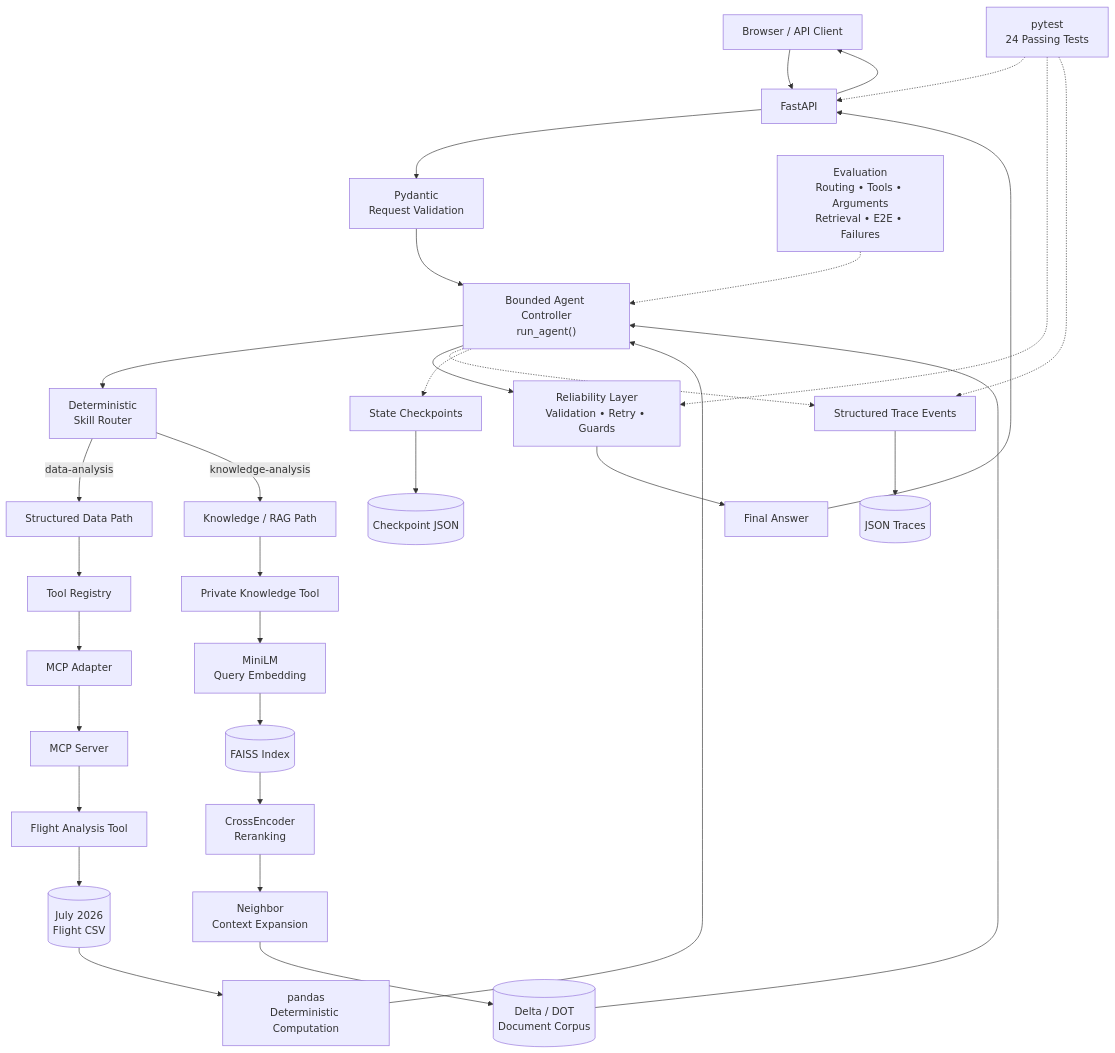
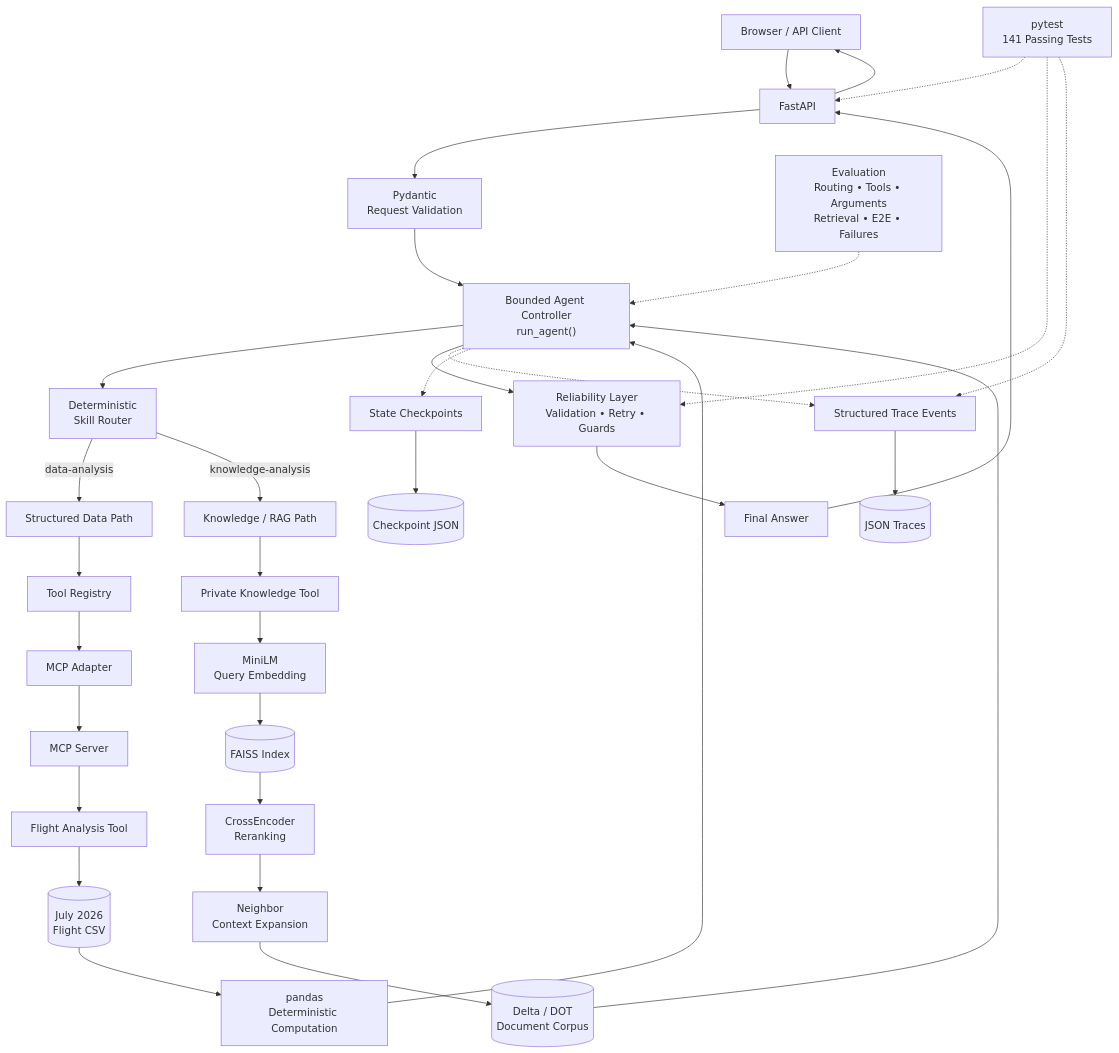
Before and after one commit to norochalise/agentic-airline-bi: the first of 4 diagrams in docs/ARCHITECTURE.md, drawn with Mermaid. The commit also changed other lines of this file and 4 other files, not shown here.

First line of the commit message:
docs: 144-line README, dev log under docs/, architecture update note

````diff
--- a/docs/ARCHITECTURE.md
+++ b/docs/ARCHITECTURE.md
@@ -36,49 +50,49 @@
 ```mermaid
 flowchart TB
     USER["Browser / API Client"]
 
     USER --> API["FastAPI"]
 
     API --> VALID["Pydantic<br/>Request Validation"]
     VALID --> AGENT["Bounded Agent Controller<br/>run_agent()"]
 
     AGENT --> ROUTER["Deterministic<br/>Skill Router"]
 
     ROUTER -->|data-analysis| DATA["Structured Data Path"]
     ROUTER -->|knowledge-analysis| KNOW["Knowledge / RAG Path"]
 
     DATA --> REG["Tool Registry"]
     REG --> MCP["MCP Adapter"]
     MCP --> MCPS["MCP Server"]
     MCPS --> FLIGHT["Flight Analysis Tool"]
     FLIGHT --> CSV[("July 2026<br/>Flight CSV")]
     CSV --> PANDAS["pandas<br/>Deterministic Computation"]
 
     KNOW --> KTOOL["Private Knowledge Tool"]
     KTOOL --> EMB["MiniLM<br/>Query Embedding"]
     EMB --> FAISS[("FAISS Index")]
     FAISS --> RERANK["CrossEncoder<br/>Reranking"]
     RERANK --> NEIGHBOR["Neighbor<br/>Context Expansion"]
     NEIGHBOR --> CORPUS[("Delta / DOT<br/>Document Corpus")]
 
     PANDAS --> AGENT
     CORPUS --> AGENT
 
     AGENT --> REL["Reliability Layer<br/>Validation • Retry • Guards"]
     REL --> ANSWER["Final Answer"]
 
     AGENT -.-> TRACE["Structured Trace Events"]
     TRACE --> TRACEFILE[("JSON Traces")]
 
     AGENT -.-> CHECK["State Checkpoints"]
     CHECK --> CHECKFILE[("Checkpoint JSON")]
 
     ANSWER --> API
     API --> USER
 
     EVAL["Evaluation<br/>Routing • Tools • Arguments<br/>Retrieval • E2E • Failures"] -.-> AGENT
 
-    TEST["pytest<br/>24 Passing Tests"] -.-> API
+    TEST["pytest<br/>141 Passing Tests"] -.-> API
     TEST -.-> REL
     TEST -.-> TRACE
 ```
````
